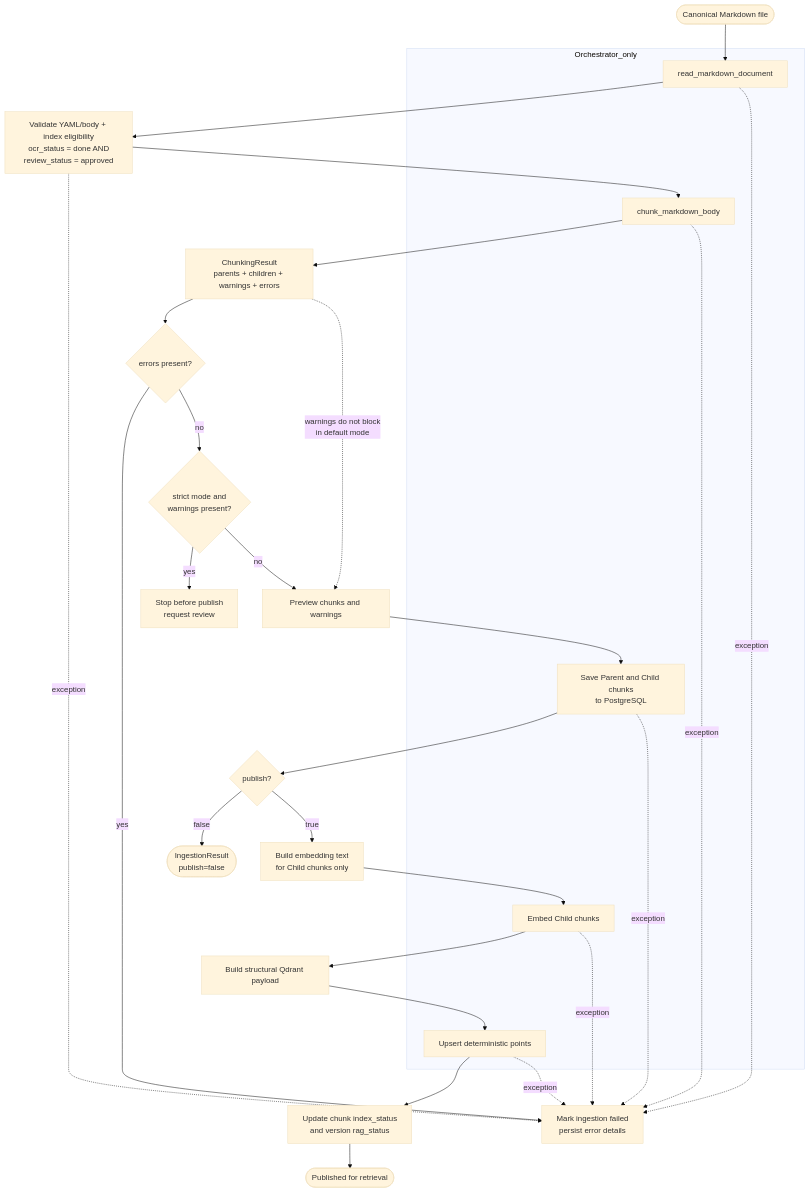
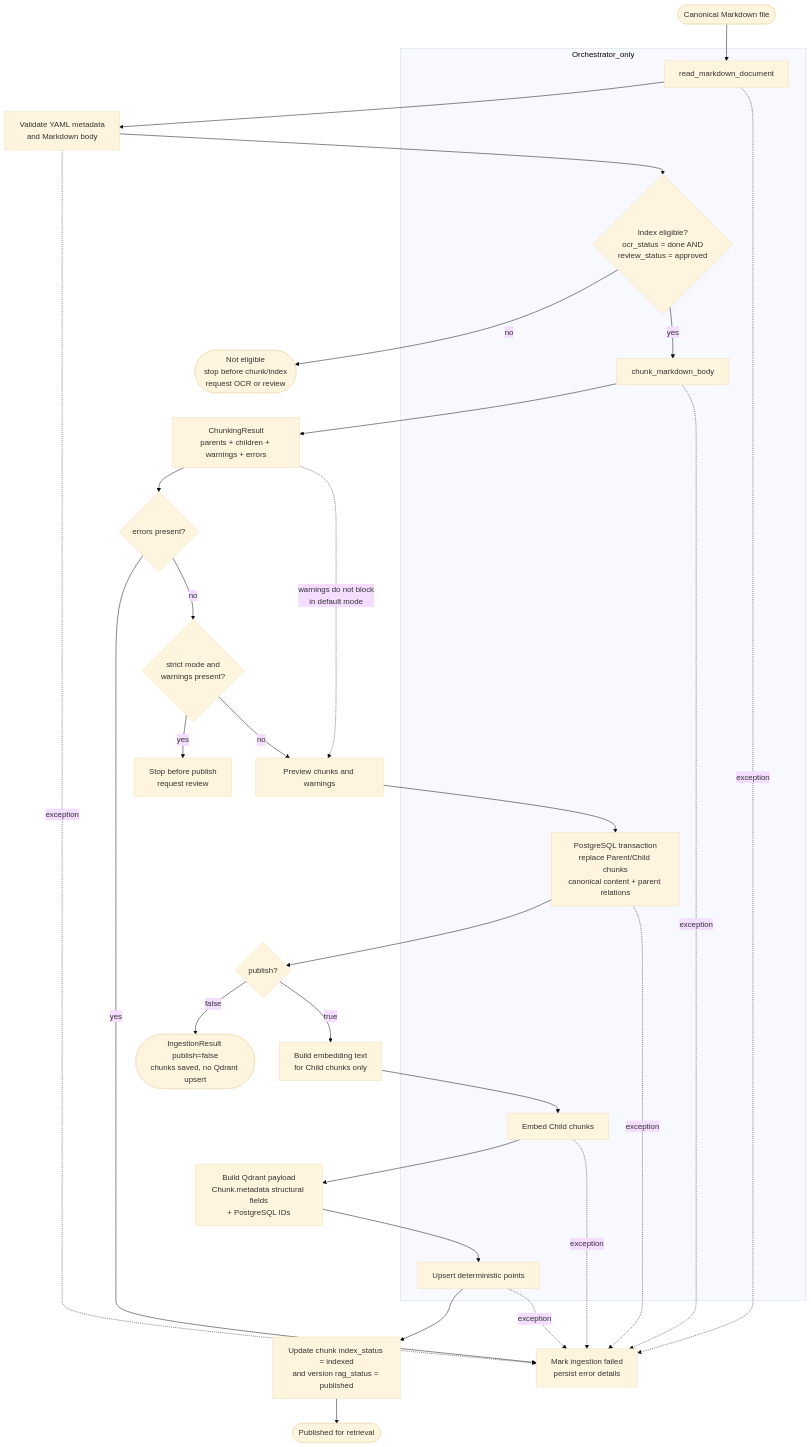
One commit to Ngocanhjr/CSS-CTU-Student-Service changed the diagram in .docs/diagrams/flowchart/07_13_ingestion_pipeline_publish_modes_flow.mmd. Above: the diagram before and after it, drawn with Mermaid (base theme). The commit also changed 5 other files, not shown here.

Commit message:
update flowchart 7_13 8 09a

```diff
--- a/.docs/diagrams/flowchart/07_13_ingestion_pipeline_publish_modes_flow.mmd
+++ b/.docs/diagrams/flowchart/07_13_ingestion_pipeline_publish_modes_flow.mmd
@@ -1,49 +1,54 @@
 %% Sources:
 %% - 07_DETAILED_RAG_INGESTION_IMPLEMENTATION_GUIDE.md
 %% - 13_PART_F_PIPELINE_ORCHESTRATION_GUIDE.md
 %% - 22_CHUNKING_RETRIEVAL_RECONCILIATION_GUIDE.md
 
 flowchart TD
     A([Canonical Markdown file])
     B[read_markdown_document]
-    C[Validate YAML/body + index eligibility<br/>ocr_status = done AND<br/>review_status = approved]
+    C[Validate YAML metadata<br/>and Markdown body]
+    T{Index eligible?<br/>ocr_status = done AND<br/>review_status = approved}
+    U([Not eligible<br/>stop before chunk/index<br/>request OCR or review])
     D[chunk_markdown_body]
     E[ChunkingResult<br/>parents + children + warnings + errors]
     F{errors present?}
     G[Mark ingestion failed<br/>persist error details]
     H{strict mode and<br/>warnings present?}
     I[Stop before publish<br/>request review]
     J[Preview chunks and warnings]
-    K[Save Parent and Child chunks<br/>to PostgreSQL]
+    K[PostgreSQL transaction<br/>replace Parent/Child chunks<br/>canonical content + parent relations]
     L{publish?}
-    M([IngestionResult<br/>publish=false])
+    M([IngestionResult publish=false<br/>chunks saved, no Qdrant upsert])
     N[Build embedding text<br/>for Child chunks only]
     O[Embed Child chunks]
-    P[Build structural Qdrant payload]
+    P[Build Qdrant payload<br/>Chunk.metadata structural fields<br/>+ PostgreSQL IDs]
     Q[Upsert deterministic points]
-    R[Update chunk index_status<br/>and version rag_status]
+    R[Update chunk index_status = indexed<br/>and version rag_status = published]
     S([Published for retrieval])
 
-    A --> B --> C --> D --> E --> F
+    A --> B --> C --> T
+    T -->|no| U
+    T -->|yes| D --> E --> F
     F -->|yes| G
     F -->|no| H
     H -->|yes| I
     H -->|no| J --> K --> L
     L -->|false| M
     L -->|true| N --> O --> P --> Q --> R --> S
 
     E -. warnings do not block<br/>in default mode .-> J
     B -. exception .-> G
     C -. exception .-> G
     D -. exception .-> G
     K -. exception .-> G
     O -. exception .-> G
     Q -. exception .-> G
 
     subgraph Orchestrator_only
         B
+        T
         D
         K
         O
         Q
     end
```
